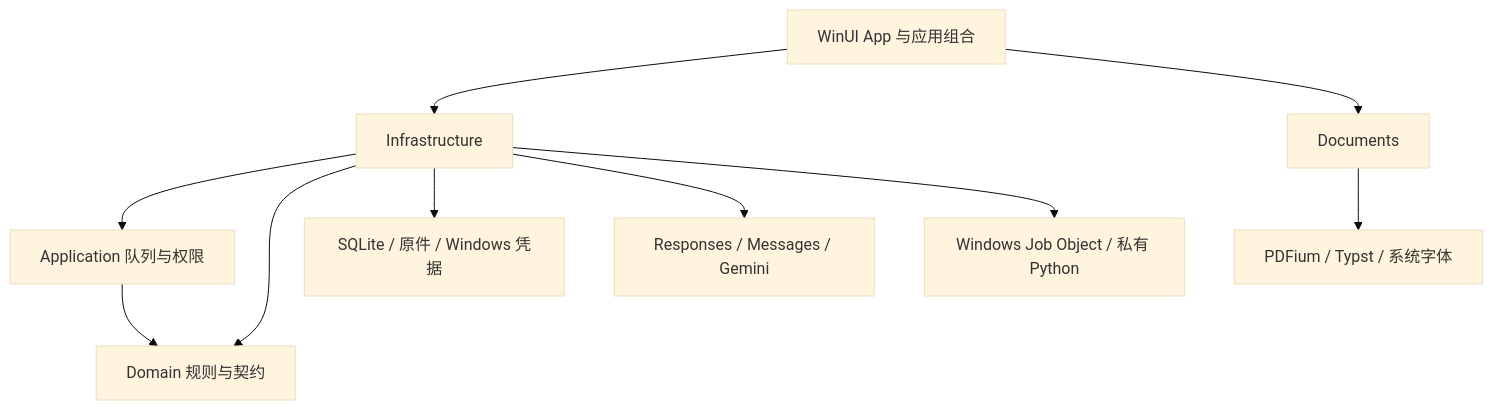
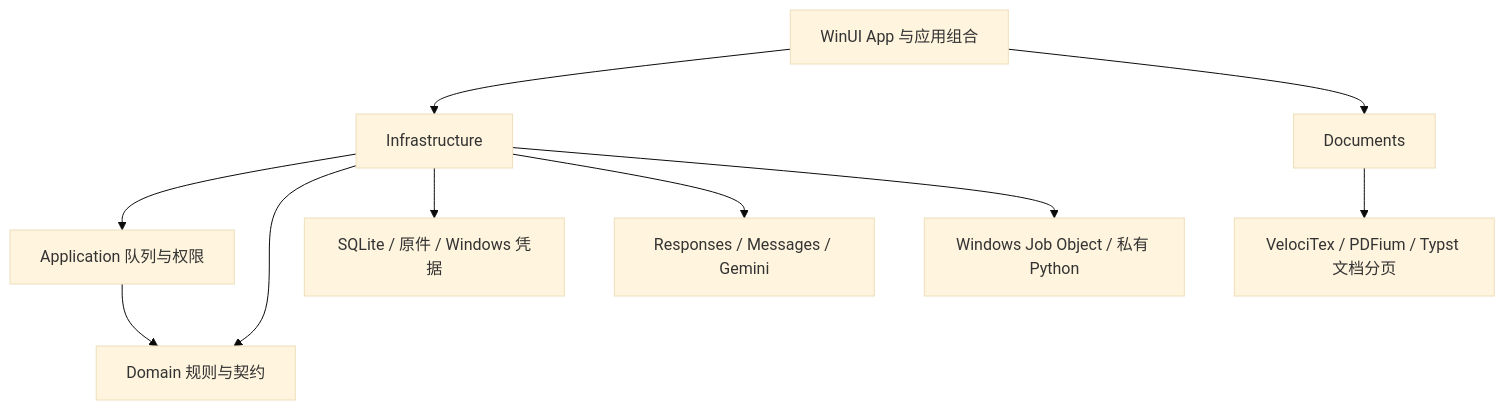
Before and after one commit to TaiRuiQu/oh-my-study: the diagram in docs/architecture.zh-CN.md, drawn with Mermaid (base theme). The commit also changed other lines of this file and 49 other files, not shown here.

First line of the commit message:
feat(math): adopt VelociTex for native and print formula rendering

````diff
--- a/docs/architecture.zh-CN.md
+++ b/docs/architecture.zh-CN.md
@@ -16,12 +16,12 @@
 ```mermaid
 flowchart TD
     App[WinUI App 与应用组合] --> Infra[Infrastructure]
     App --> Docs[Documents]
     Infra --> Application[Application 队列与权限]
     Application --> Domain[Domain 规则与契约]
     Infra --> Domain
     Infra --> Data[SQLite / 原件 / Windows 凭据]
     Infra --> Models[Responses / Messages / Gemini]
     Infra --> Host[Windows Job Object / 私有 Python]
-    Docs --> Engines[PDFium / Typst / 系统字体]
+    Docs --> Engines[VelociTex / PDFium / Typst 文档分页]
 ```
````
